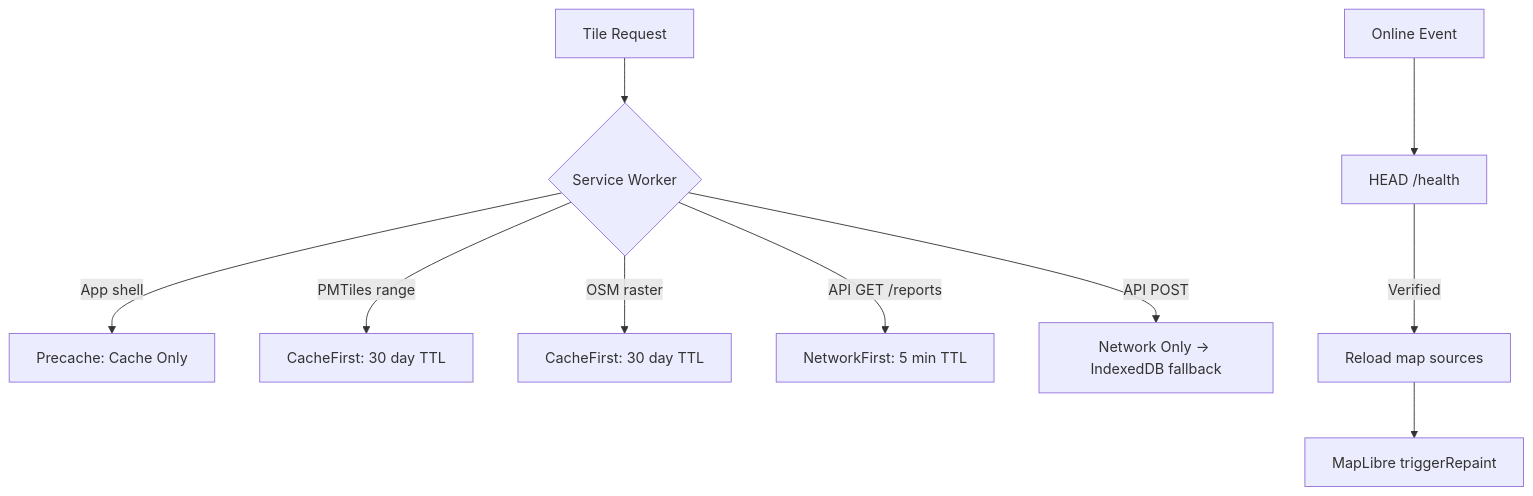
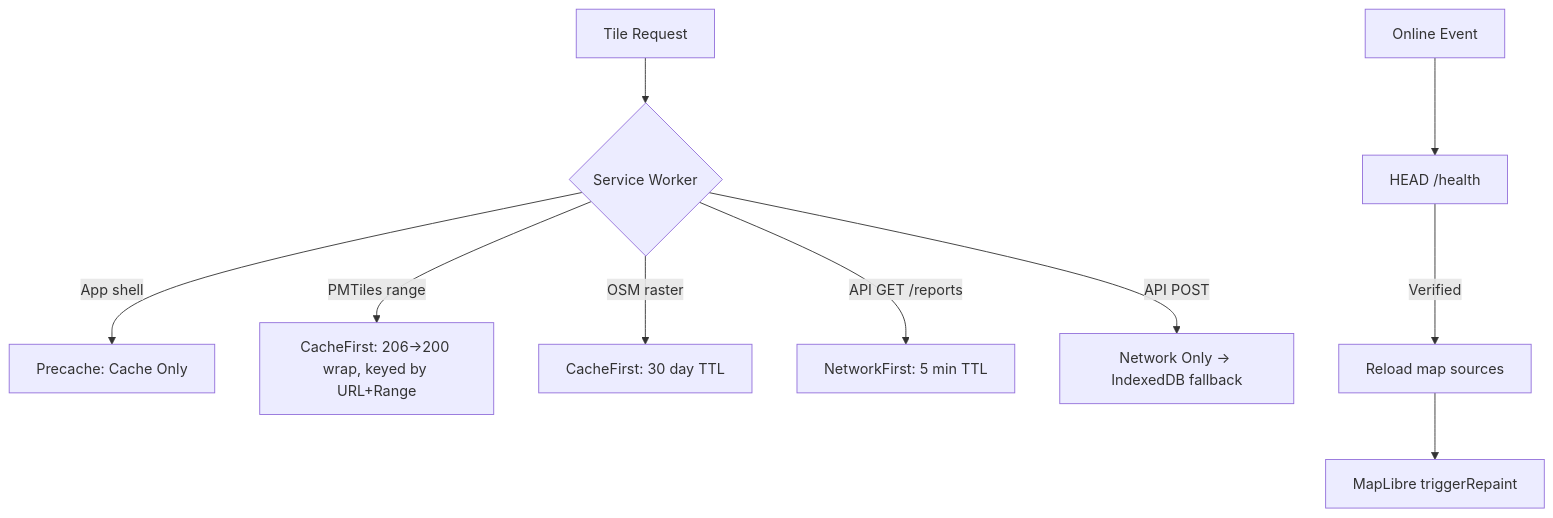
One commit to foad/terra changed the ninth of 10 diagrams in docs/offline-connectivity-scenarios.md. Above: the diagram before and after it, drawn with Mermaid. The commit also changed other lines of this file and 3 other files, not shown here.

````diff
--- a/docs/offline-connectivity-scenarios.md
+++ b/docs/offline-connectivity-scenarios.md
@@ -232,13 +232,13 @@
 ```mermaid
 flowchart TD
     Request[Tile Request] --> SW{Service Worker}
     SW -->|App shell| Precache[Precache: Cache Only]
-    SW -->|PMTiles range| PMCache[CacheFirst: 30 day TTL]
+    SW -->|PMTiles range| PMCache["CacheFirst: 206→200 wrap, keyed by URL+Range"]
     SW -->|OSM raster| OSMCache[CacheFirst: 30 day TTL]
     SW -->|API GET /reports| APICache[NetworkFirst: 5 min TTL]
     SW -->|API POST| NoCache[Network Only → IndexedDB fallback]
 
     Reconnect[Online Event] --> Verify[HEAD /health]
     Verify -->|Verified| Reload[Reload map sources]
     Reload --> Repaint[MapLibre triggerRepaint]
 ```
````
